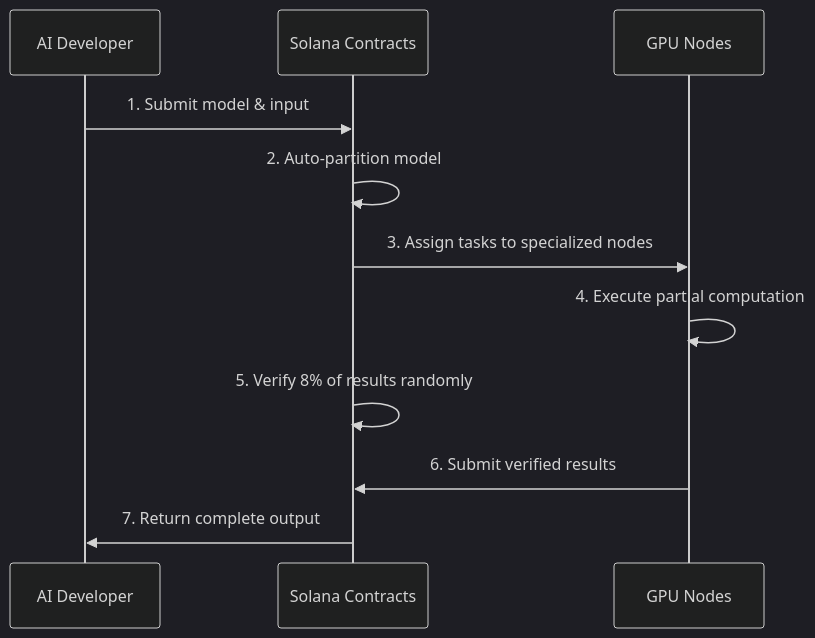
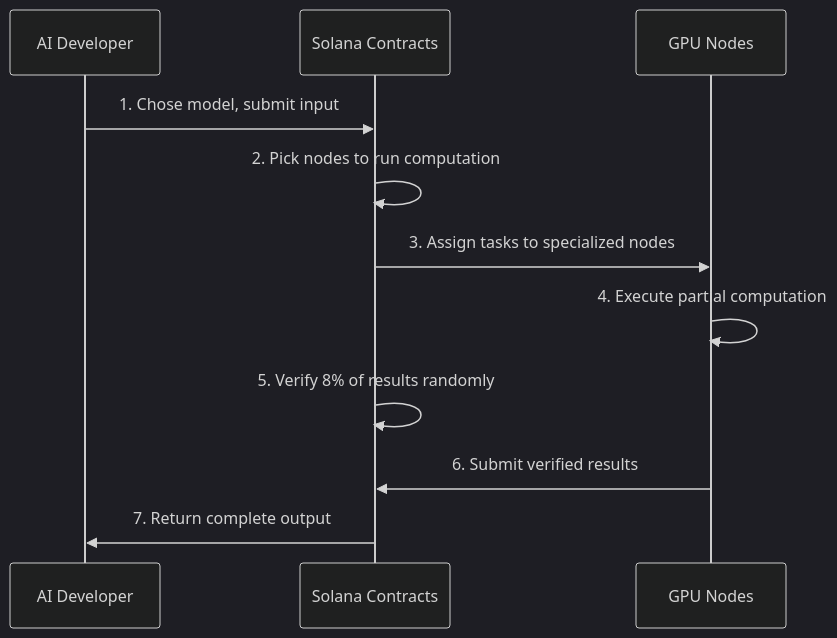
One commit to ToxicPine/planning-win changed the second of 2 diagrams in README.md. Above: the diagram before and after it, drawn with Mermaid (dark theme). The commit also changed other lines of this file and 2 other files, not shown here.

````diff
--- a/README.md
+++ b/README.md
@@ -53,14 +58,14 @@
 ```mermaid
 sequenceDiagram
     participant Client as AI Developer
     participant Contract as Solana Contracts
     participant Node as GPU Nodes
 
-    Client->>Contract: 1. Submit model & input
-    Contract->>Contract: 2. Auto-partition model
+    Client->>Contract: 1. Chose model, submit input
+    Contract->>Contract: 2. Pick nodes to run computation
     Contract->>Node: 3. Assign tasks to specialized nodes
     Node->>Node: 4. Execute partial computation
     Contract->>Contract: 5. Verify 8% of results randomly
     Node->>Contract: 6. Submit verified results
     Contract->>Client: 7. Return complete output
 ```
````
